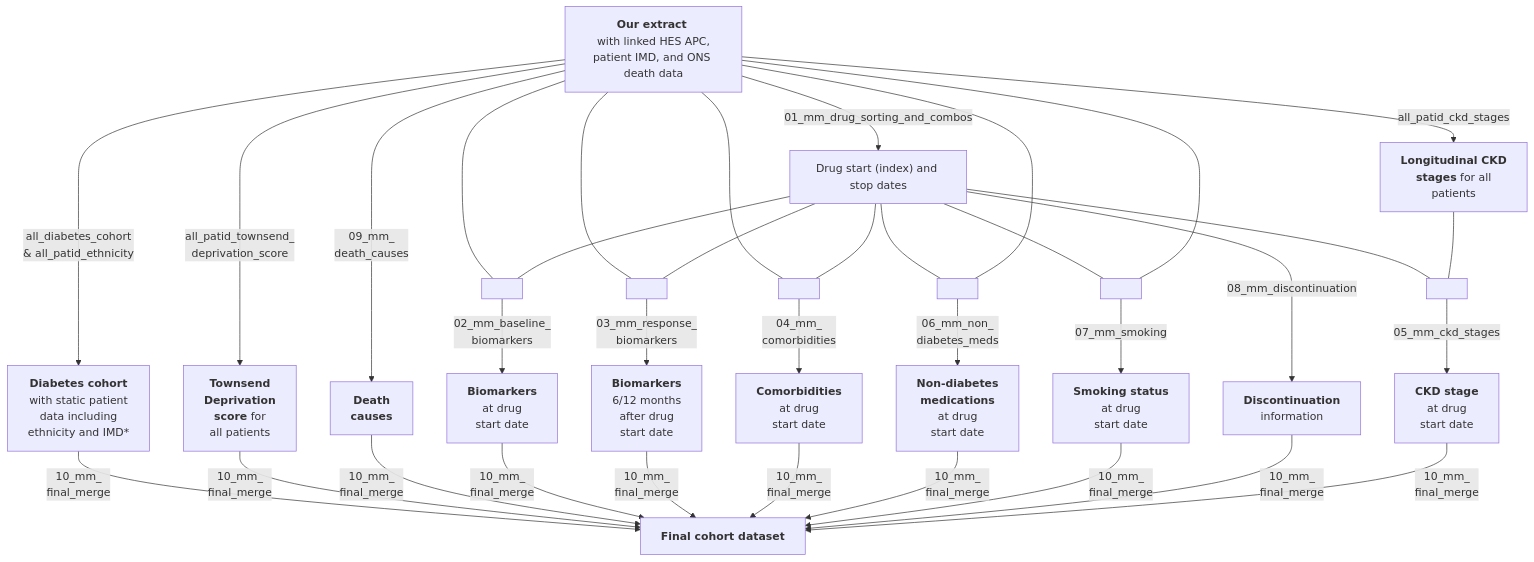
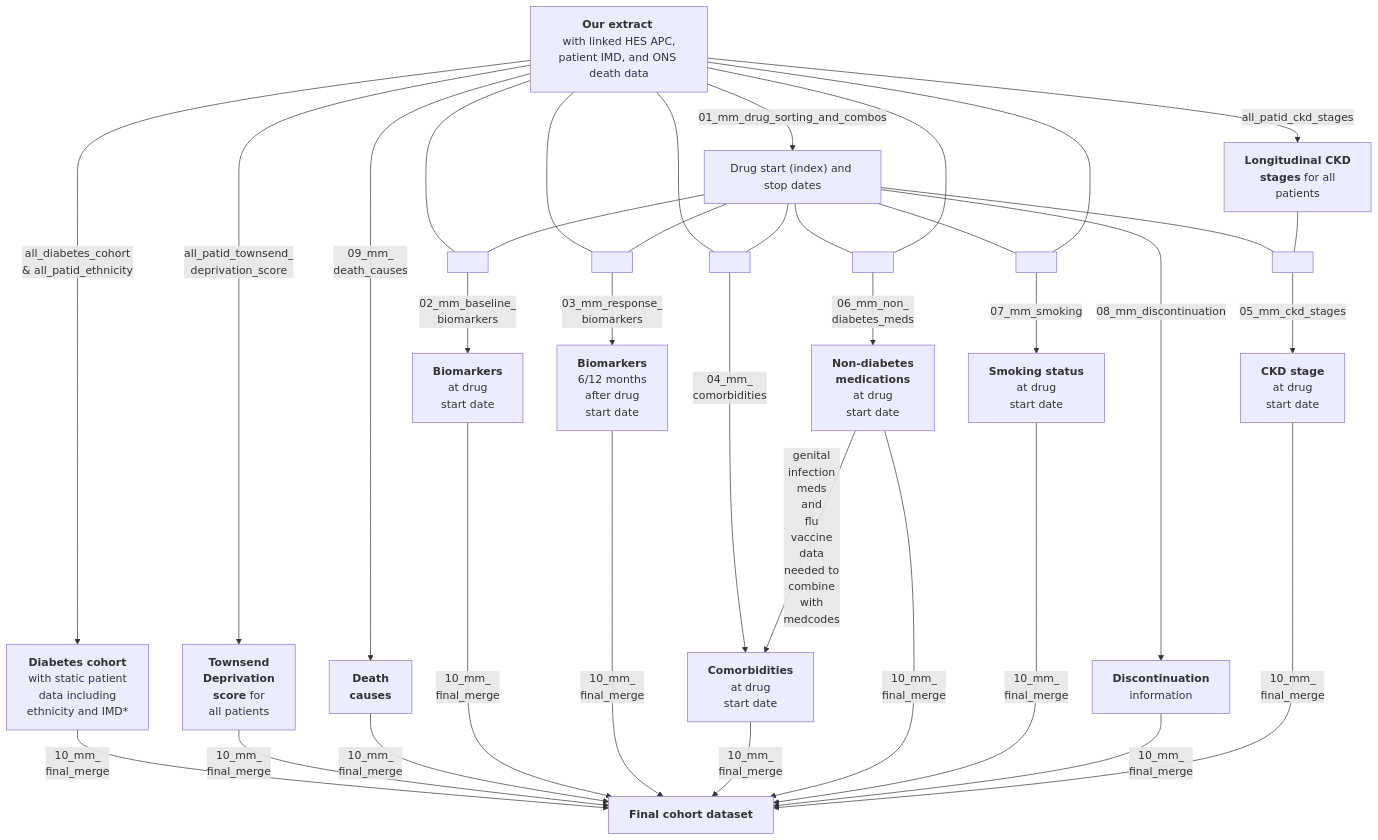
Before and after one commit to Exeter-Diabetes/CPRD-Cohort-scripts: the diagram in 03-Treatment-response-(MASTERMIND)/README.md, drawn with Mermaid.

````diff
--- a/03-Treatment-response-(MASTERMIND)/README.md
+++ b/03-Treatment-response-(MASTERMIND)/README.md
@@ -13,46 +13,48 @@
 ```mermaid
 graph TD;
     A["<b>Our extract</b> <br> with linked HES APC, patient IMD, and ONS death data"] --> |"all_diabetes_cohort <br> & all_patid_ethnicity"|B["<b>Diabetes cohort<br></b> with static patient <br>data including <br>ethnicity and IMD*"]
     A-->|"all_patid_townsend_<br>deprivation_score"|N["<b>Townsend<br> Deprivation<br>score</b> for<br> all patients"]
     A-->|"09_mm_<br>death_causes"|O["<b>Death<br>causes</b>"]
     A-->|"01_mm_drug_sorting_and_combos"|H["Drug start (index) and stop dates"]
 
     A---Y[ ]:::empty
     H---Y
     Y-->|"02_mm_baseline_<br>biomarkers"|E["<b>Biomarkers</b> <br> at drug <br> start date"]
     
     A---T[ ]:::empty
     H---T
     T-->|"03_mm_response_<br>biomarkers"|L["<b>Biomarkers</b> <br> 6/12 months <br> after drug <br>start date"]
     
     A---W[ ]:::empty
     H---W
     W-->|"04_mm_<br>comorbidities"|F["<b>Comorbidities</b> <br> at drug <br> start date"]
     
     H---U[ ]:::empty
     A---U
     U-->|"06_mm_non_<br>diabetes_meds"|M["<b>Non-diabetes <br>medications</b> <br> at drug <br> start date"]
+    
+    M-->|"genital<br>infection<br>meds<br>and<br>flu<br>vaccine<br>data<br>needed to<br>combine<br>with<br>medcodes"|F
     
     H---X[ ]:::empty
     A---X
     X-->|"07_mm_smoking"|G["<b>Smoking status</b> <br> at drug <br> start date"]
     
     H-->|"08_mm_discontinuation"|V["<b>Discontinuation</b><br> information"]
     
     A-->|"all_patid_ckd_stages"|C["<b>Longitudinal CKD <br> stages</b> for all <br> patients"]
     H---Z[ ]:::empty
     C---Z
     Z-->|"05_mm_ckd_stages"|I["<b>CKD stage </b> <br> at drug <br> start date"]
     
     
     B-->|"10_mm_<br>final_merge"|J["<b>Final cohort dataset</b>"]
     N-->|"10_mm_<br>final_merge"|J
     O-->|"10_mm_<br>final_merge"|J
     E-->|"10_mm_<br>final_merge"|J
     L-->|"10_mm_<br>final_merge"|J
     F-->|"10_mm_<br>final_merge"|J
     M-->|"10_mm_<br>final_merge"|J  
     G-->|"10_mm_<br>final_merge"|J
     V-->|"10_mm_<br>final_merge"|J
     I-->|"10_mm_<br>final_merge"|J  
 ```
````
